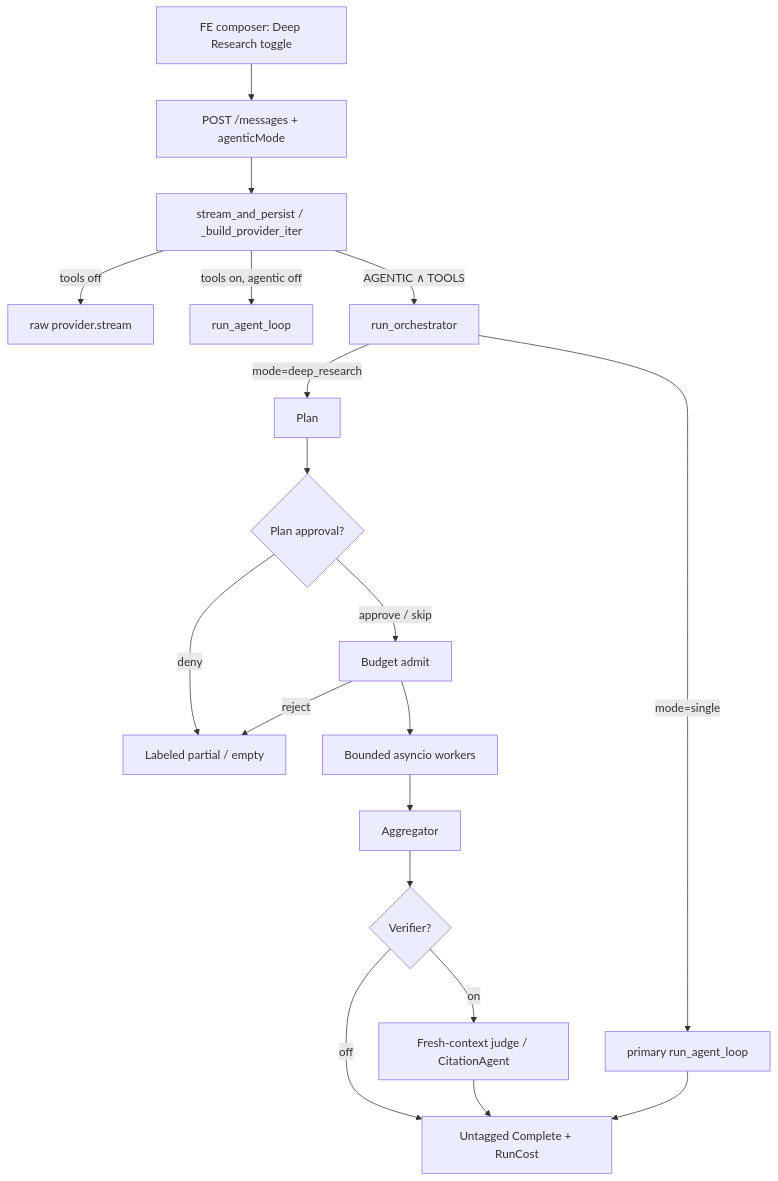
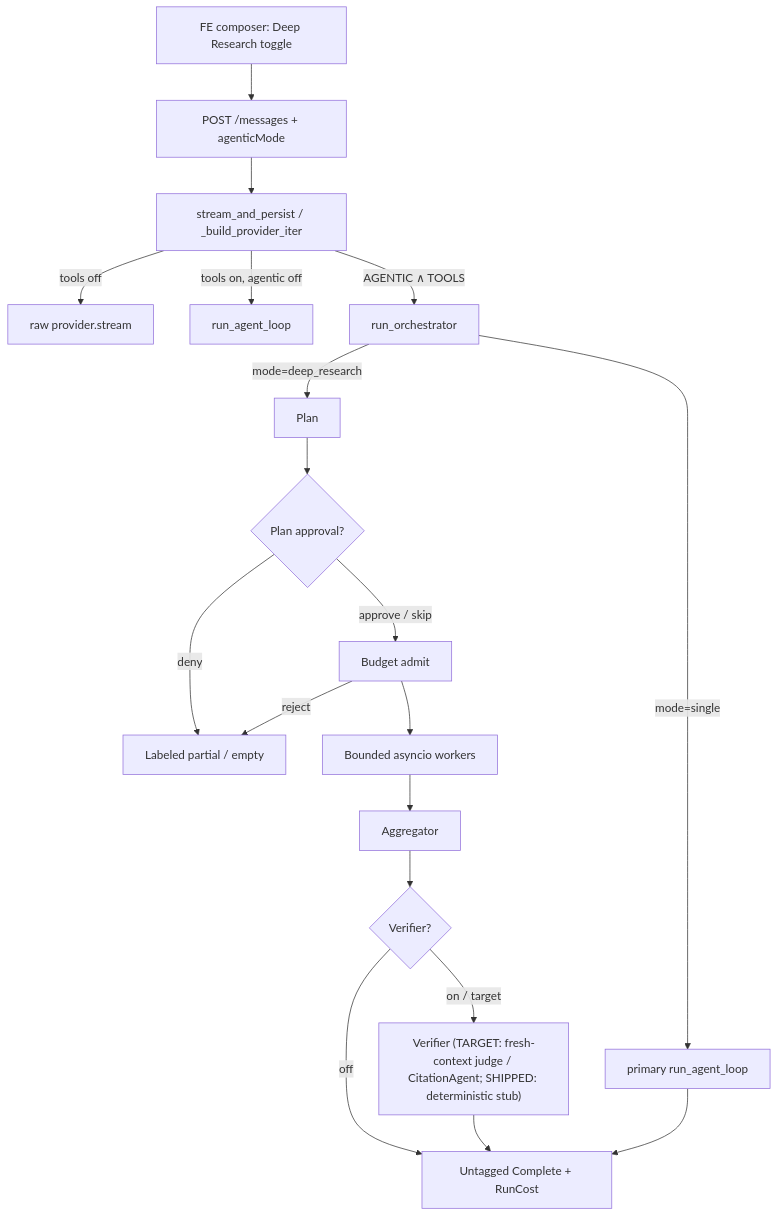
The diagram in docs/plans/02-agent-architecture.md (zhuocun/agent), drawn with Mermaid before and after one commit.

Commit message:
Fix shipped-vs-target contradictions in agent architecture plan
Review found plan 02 stating mid-run run_cost ticks, a full invoke_agent
span tree, and FE attribution as if already live. Align Cost, Observability,
FE contract, Mermaid verifier label, target table, and open-questions
preamble with the as-built audit (estimate+final only; worker/primary/
aggregator spans; attribution UX partial).

````diff
--- a/docs/plans/02-agent-architecture.md
+++ b/docs/plans/02-agent-architecture.md
@@ -48,28 +48,28 @@
 ```mermaid
 flowchart TD
   FE[FE composer: Deep Research toggle]
   POST["POST /messages + agenticMode"]
   H[stream_and_persist / _build_provider_iter]
   RAW[raw provider.stream]
   LOOP[run_agent_loop]
   ORCH[run_orchestrator]
 
   FE --> POST --> H
   H -->|tools off| RAW
   H -->|tools on, agentic off| LOOP
   H -->|AGENTIC ∧ TOOLS| ORCH
 
   ORCH -->|mode=single| PRIM[primary run_agent_loop]
   ORCH -->|mode=deep_research| PLAN[Plan]
   PLAN --> HITL{Plan approval?}
   HITL -->|approve / skip| ADMIT[Budget admit]
   HITL -->|deny| PARTIAL[Labeled partial / empty]
   ADMIT -->|reject| PARTIAL
   ADMIT --> FAN[Bounded asyncio workers]
   FAN --> AGG[Aggregator]
   AGG --> VER{Verifier?}
-  VER -->|on| JUDGE[Fresh-context judge / CitationAgent]
+  VER -->|on / target| JUDGE["Verifier (TARGET: fresh-context judge / CitationAgent; SHIPPED: deterministic stub)"]
   VER -->|off| DONE[Untagged Complete + RunCost]
   JUDGE --> DONE
   PRIM --> DONE
 ```
````
